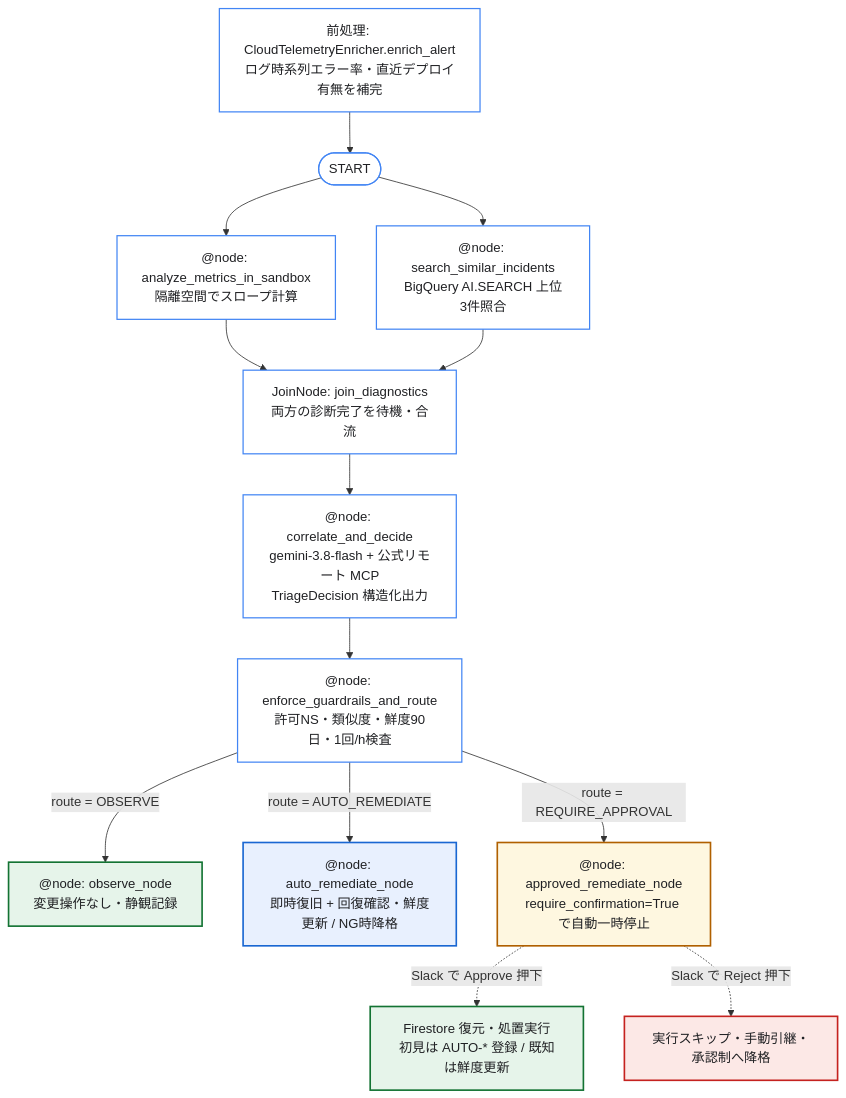
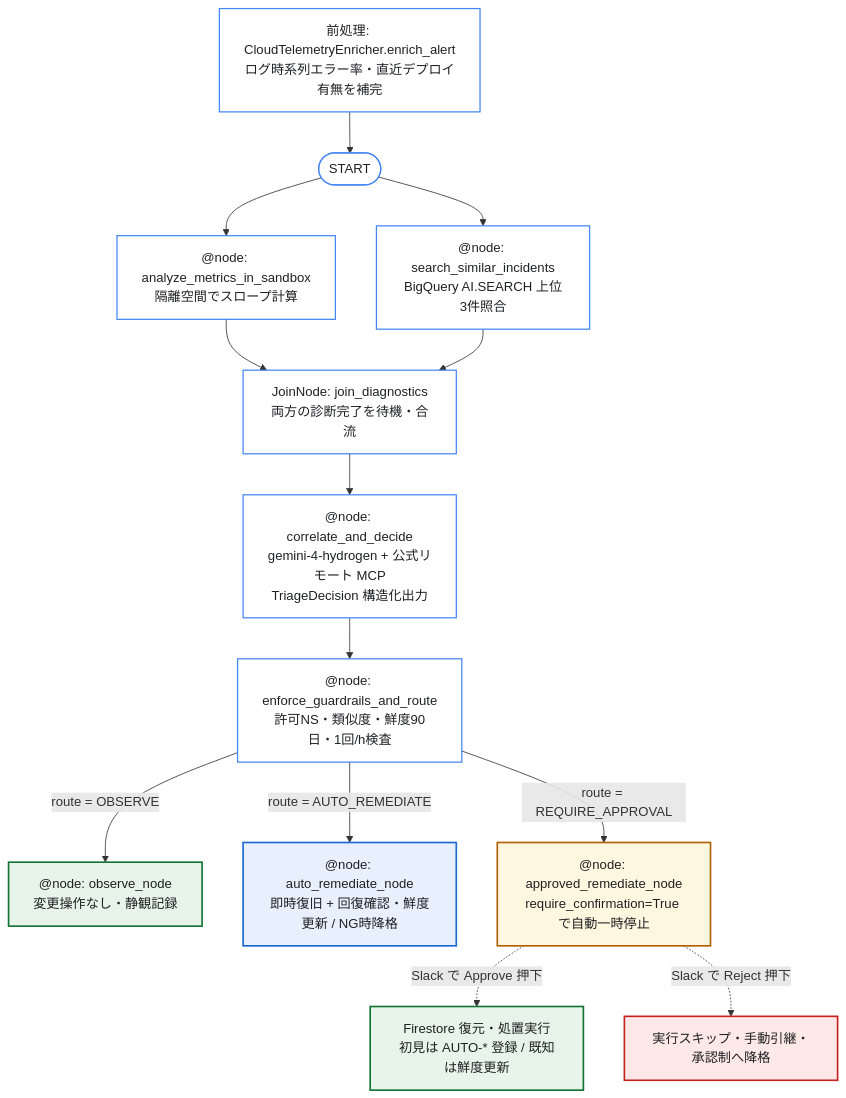
One commit to tyorikan/agentic-sre-handson changed the second of 5 diagrams in docs/04-auto-remediation-and-slack-hitl.md. Above: the diagram before and after it, drawn with Mermaid. The commit also changed 18 other files, not shown here.

Commit message:
feat: migrate default triage model to Gemini 4 Hydrogen (gemini-4-hydrogen)

````diff
--- a/docs/04-auto-remediation-and-slack-hitl.md
+++ b/docs/04-auto-remediation-and-slack-hitl.md
@@ -61,27 +61,27 @@
 ```mermaid
 flowchart TD
     Pre["前処理: CloudTelemetryEnricher.enrich_alert<br/>ログ時系列エラー率・直近デプロイ有無を補完"] --> S(["START"])
     S --> P1["@node: analyze_metrics_in_sandbox<br/>隔離空間でスロープ計算"]
     S --> P2["@node: search_similar_incidents<br/>BigQuery AI.SEARCH 上位3件照合"]
     P1 & P2 --> J["JoinNode: join_diagnostics<br/>両方の診断完了を待機・合流"]
-    J --> LLM["@node: correlate_and_decide<br/>gemini-3.8-flash + 公式リモート MCP<br/>TriageDecision 構造化出力"]
+    J --> LLM["@node: correlate_and_decide<br/>gemini-4-hydrogen + 公式リモート MCP<br/>TriageDecision 構造化出力"]
     LLM --> Router["@node: enforce_guardrails_and_route<br/>許可NS・類似度・鮮度90日・1回/h検査"]
 
     Router -->|"route = OBSERVE"| N1["@node: observe_node<br/>変更操作なし・静観記録"]
     Router -->|"route = AUTO_REMEDIATE"| N2["@node: auto_remediate_node<br/>即時復旧 + 回復確認・鮮度更新 / NG時降格"]
     Router -->|"route = REQUIRE_APPROVAL"| N3["@node: approved_remediate_node<br/>require_confirmation=True で自動一時停止"]
 
     N3 -.->|"Slack で Approve 押下"| Exec["Firestore 復元・処置実行<br/>初見は AUTO-* 登録 / 既知は鮮度更新"]
     N3 -.->|"Slack で Reject 押下"| Cancel["実行スキップ・手動引継・承認制へ降格"]
 
     classDef nodeBox fill:#ffffff,stroke:#4285F4,stroke-width:1.5px,color:#202124;
     classDef ok fill:#e6f4ea,stroke:#137333,stroke-width:2px,color:#202124;
     classDef auto fill:#e8f0fe,stroke:#1967d2,stroke-width:2px,color:#202124;
     classDef hitl fill:#fef7e0,stroke:#b06000,stroke-width:2px,color:#202124;
     classDef reject fill:#fce8e6,stroke:#c5221f,stroke-width:2px,color:#202124;
     class Pre,S,P1,P2,J,LLM,Router nodeBox;
     class N1,Exec ok;
     class N2 auto;
     class N3 hitl;
     class Cancel reject;
 ```
````
